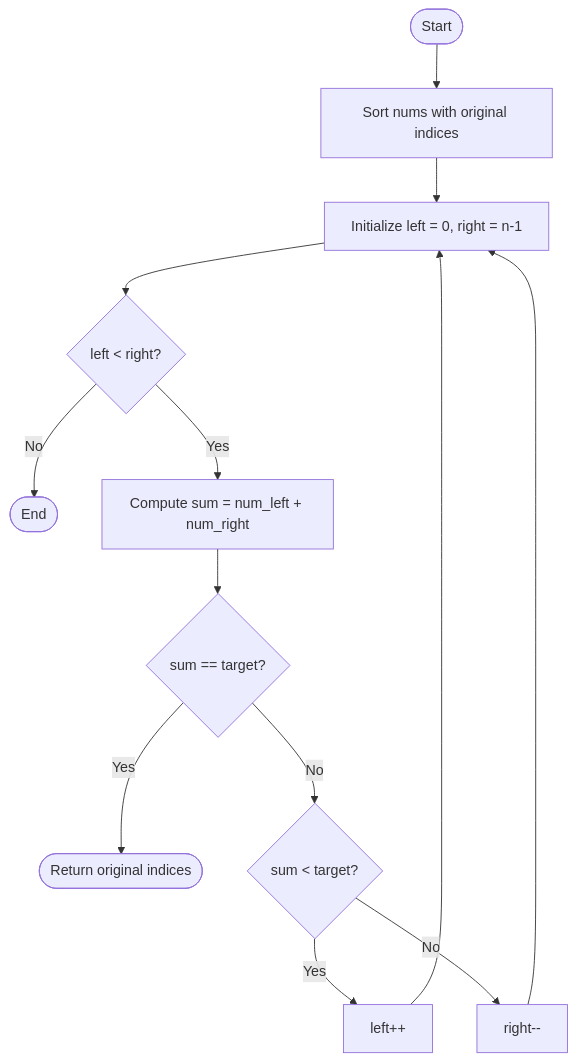
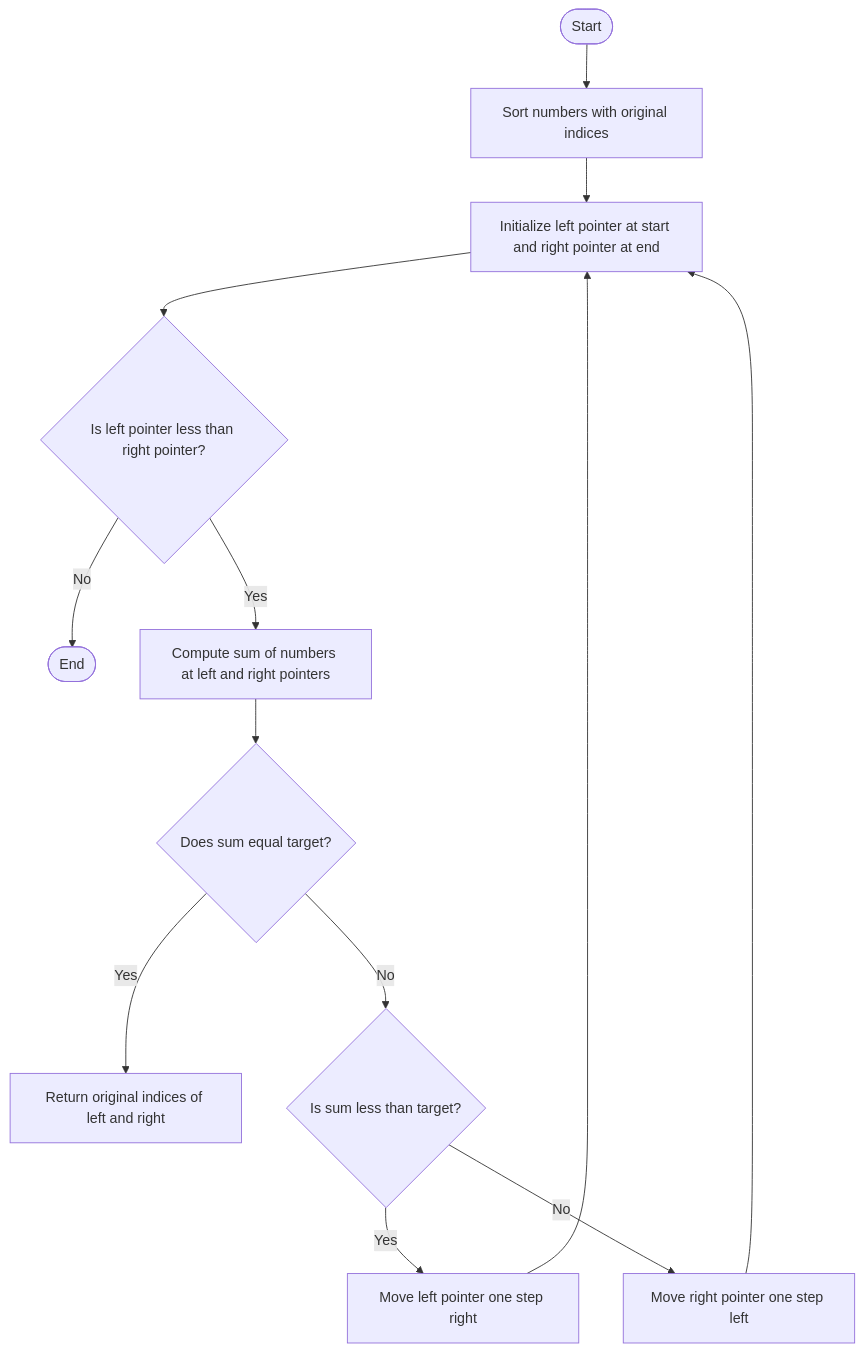
Before and after one commit to mkhlz/leetcode-solutions: the second of 2 diagrams in 1-Two-Sum/README.md, drawn with Mermaid. The commit also changed other lines of this file, not shown here.

Commit message:
visuals fix all approaches

````diff
--- a/1-Two-Sum/README.md
+++ b/1-Two-Sum/README.md
@@ -128,15 +127,15 @@
 ```mermaid
 flowchart TD
-    A([Start]) --> B[Sort nums with original indices]
-    B --> C[Initialize left = 0, right = n-1]
-    C --> D{left < right?}
+    A([Start]) --> B[Sort numbers with original indices]
+    B --> C[Initialize left pointer at start and right pointer at end]
+    C --> D{Is left pointer less than right pointer?}
     D -->|No| E([End])
-    D -->|Yes| F[Compute sum = num_left + num_right]
-    F --> G{sum == target?}
-    G -->|Yes| H([Return original indices])
-    G -->|No| I{sum < target?}
-    I -->|Yes| J[left++]
-    I -->|No| K[right--]
+    D -->|Yes| F[Compute sum of numbers at left and right pointers]
+    F --> G{Does sum equal target?}
+    G -->|Yes| H[Return original indices of left and right]
+    G -->|No| I{Is sum less than target?}
+    I -->|Yes| J[Move left pointer one step right]
+    I -->|No| K[Move right pointer one step left]
     J --> C
     K --> C
 ```
````
